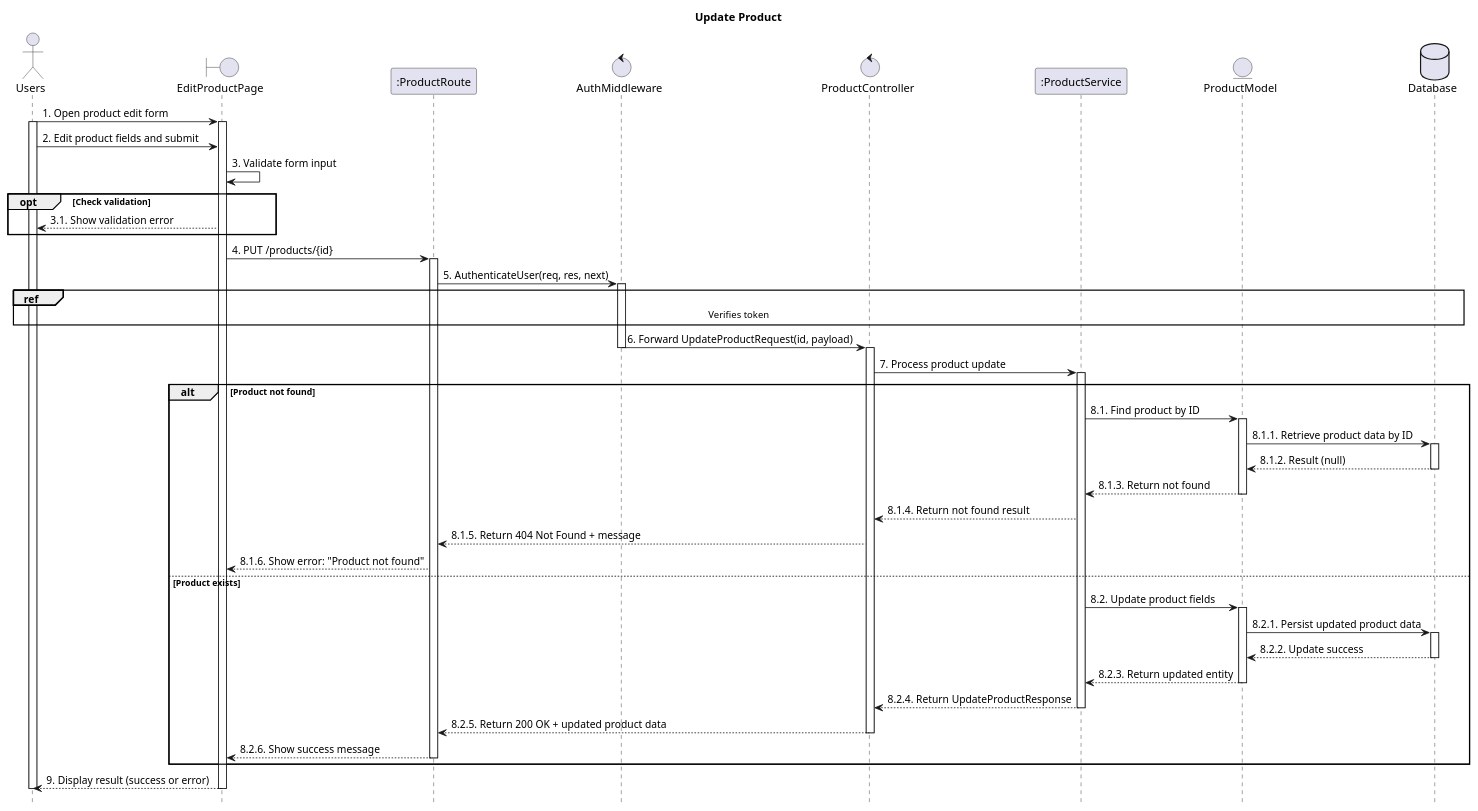
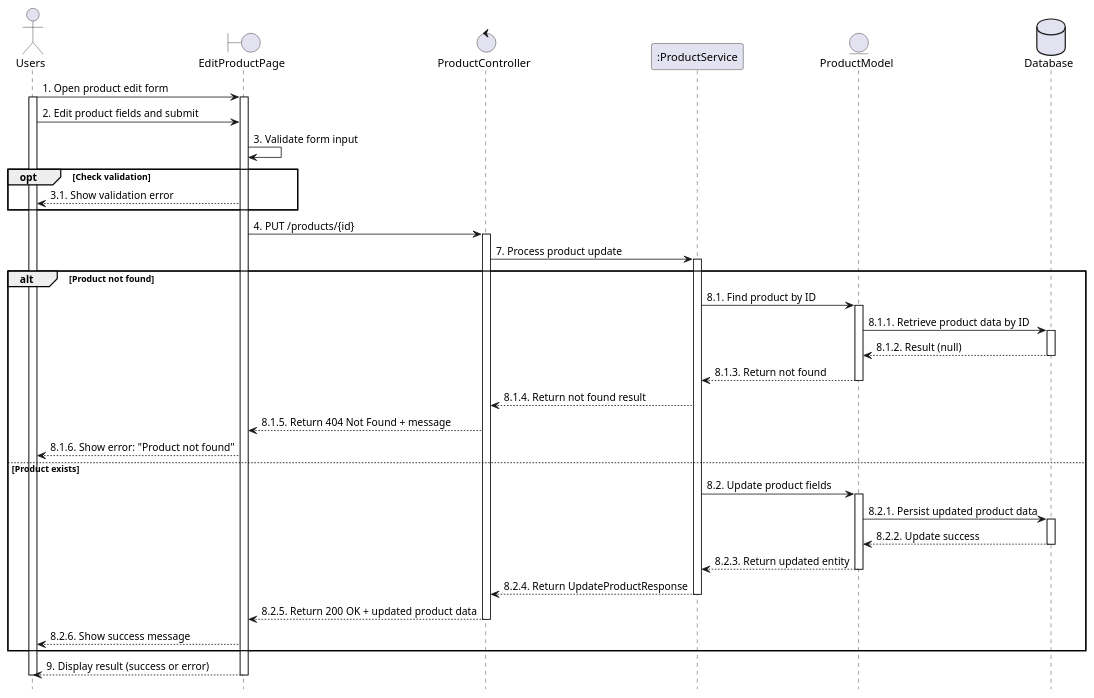
Before and after one commit to VietDurian/VietDurian: the diagram in planuml/web/13.3_updateProduct.puml, drawn with PlantUML. The commit also changed 39 other files, not shown here.

Commit message:
ViVLT: Add sequence diagram

```diff
--- a/planuml/web/13.3_updateProduct.puml
+++ b/planuml/web/13.3_updateProduct.puml
@@ -1,76 +1,65 @@
 @startuml 13.3_updateProduct
 hide footbox
-title Update Product
 
 actor User as "Users"
 boundary EditProductPage as View
-participant ":ProductRoute" as Route
-control "AuthMiddleware" as Middleware
 control "ProductController" as Controller
 participant ":ProductService" as Service
 entity "ProductModel" as Model
 database Database as Database
 
 User -> View : 1. Open product edit form
 activate View
 activate User
 
 User -> View : 2. Edit product fields and submit
 View -> View : 3. Validate form input
 
 opt Check validation
     View --> User : 3.1. Show validation error
 end
 
-    View -> Route : 4. PUT /products/{id}
-    activate Route
-
-    Route -> Middleware : 5. AuthenticateUser(req, res, next)
-    activate Middleware
-    ref over User, Database : Verifies token
-    Middleware -> Controller : 6. Forward UpdateProductRequest(id, payload)
-    deactivate Middleware
+    View -> Controller : 4. PUT /products/{id}
     activate Controller
 
     Controller -> Service : 7. Process product update
     activate Service
 
 alt Product not found
     Service -> Model : 8.1. Find product by ID
     activate Model
 
     Model -> Database : 8.1.1. Retrieve product data by ID
     activate Database
     Database --> Model : 8.1.2. Result (null)
     deactivate Database
 
     Model --> Service : 8.1.3. Return not found
     deactivate Model
 
         Service --> Controller : 8.1.4. Return not found result
-        Controller --> Route : 8.1.5. Return 404 Not Found + message
-        Route --> View : 8.1.6. Show error: "Product not found"
+        Controller --> View : 8.1.5. Return 404 Not Found + message
+        View --> User : 8.1.6. Show error: "Product not found"
 else Product exists
         Service -> Model : 8.2. Update product fields
         activate Model
 
         Model -> Database : 8.2.1. Persist updated product data
         activate Database
         Database --> Model : 8.2.2. Update success
         deactivate Database
 
         Model --> Service : 8.2.3. Return updated entity
         deactivate Model
 
         Service --> Controller : 8.2.4. Return UpdateProductResponse
         deactivate Service
-        Controller --> Route : 8.2.5. Return 200 OK + updated product data
+        Controller --> View : 8.2.5. Return 200 OK + updated product data
         deactivate Controller
-        Route --> View : 8.2.6. Show success message
-        deactivate Route
+        View --> User : 8.2.6. Show success message
 end
 
 View --> User : 9. Display result (success or error)
 deactivate View
 deactivate User
 @enduml
```
